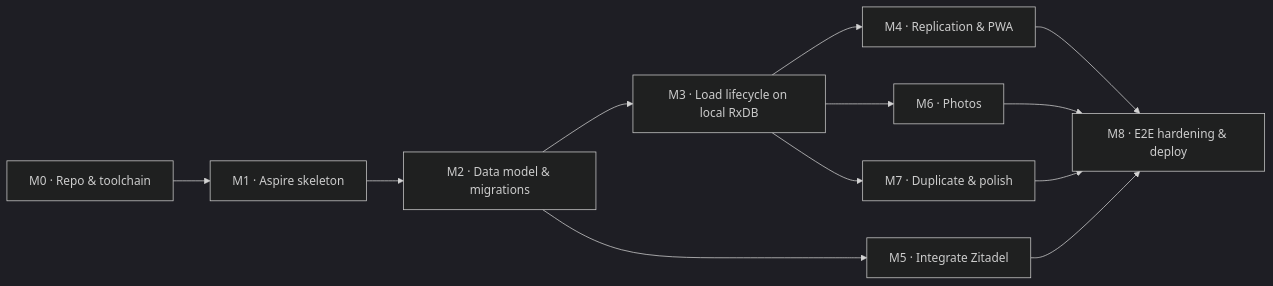
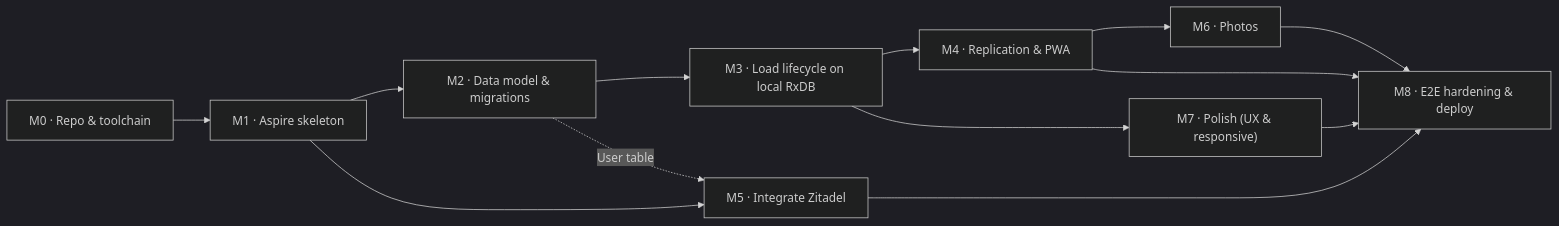
One commit to quennethks/clothesline changed the first of 2 diagrams in specs/01-mvp/implementation-plan.md. Above: the diagram before and after it, drawn with Mermaid (dark theme). The commit also changed other lines of this file, not shown here.

````diff
--- a/specs/01-mvp/implementation-plan.md
+++ b/specs/01-mvp/implementation-plan.md
@@ -41,14 +41,15 @@
 ```mermaid
 flowchart LR
     M0["M0 · Repo & toolchain"] --> M1["M1 · Aspire skeleton"]
     M1 --> M2["M2 · Data model & migrations"]
+    M1 --> M5["M5 · Integrate Zitadel"]
     M2 --> M3["M3 · Load lifecycle on local RxDB"]
-    M2 --> M5["M5 · Integrate Zitadel"]
     M3 --> M4["M4 · Replication & PWA"]
-    M3 --> M6["M6 · Photos"]
-    M3 --> M7["M7 · Duplicate & polish"]
+    M3 --> M7["M7 · Polish (UX & responsive)"]
+    M4 --> M6["M6 · Photos"]
     M4 --> M8["M8 · E2E hardening & deploy"]
     M5 --> M8
     M6 --> M8
     M7 --> M8
+    M2 -.->|User table| M5
 ```
````
